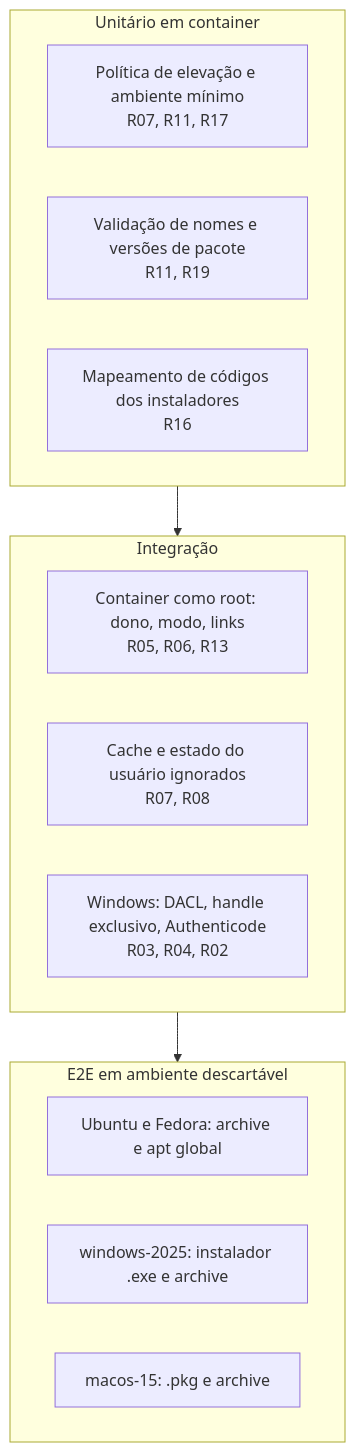
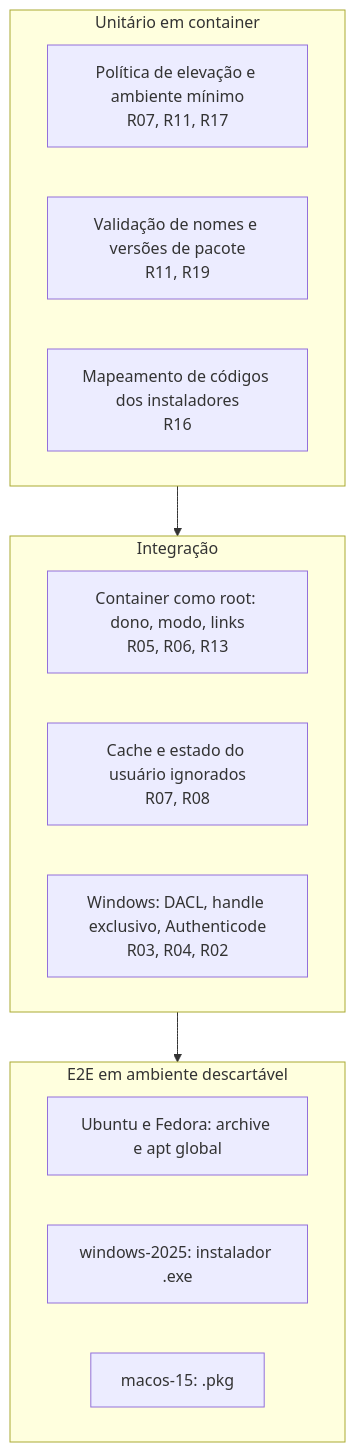
Before and after one commit to lzocateli/DotnetScope: the seventh of 7 diagrams in docs/modelo-de-ameacas-f7.md, drawn with Mermaid. The commit also changed other lines of this file and 24 other files, not shown here.

````diff
--- a/docs/modelo-de-ameacas-f7.md
+++ b/docs/modelo-de-ameacas-f7.md
@@ -336,19 +355,19 @@
 ```mermaid
 flowchart TB
     subgraph Unit["Unitário em container"]
         u1["Política de elevação e ambiente mínimo<br/>R07, R11, R17"]
         u2["Validação de nomes e versões de pacote<br/>R11, R19"]
         u3["Mapeamento de códigos dos instaladores<br/>R16"]
     end
     subgraph Int["Integração"]
         i1["Container como root: dono, modo, links<br/>R05, R06, R13"]
         i2["Cache e estado do usuário ignorados<br/>R07, R08"]
         i3["Windows: DACL, handle exclusivo, Authenticode<br/>R03, R04, R02"]
     end
     subgraph E2E["E2E em ambiente descartável"]
         e1["Ubuntu e Fedora: archive e apt global"]
-        e2["windows-2025: instalador .exe e archive"]
-        e3["macos-15: .pkg e archive"]
+        e2["windows-2025: instalador .exe"]
+        e3["macos-15: .pkg"]
     end
     Unit --> Int --> E2E
 ```
````
